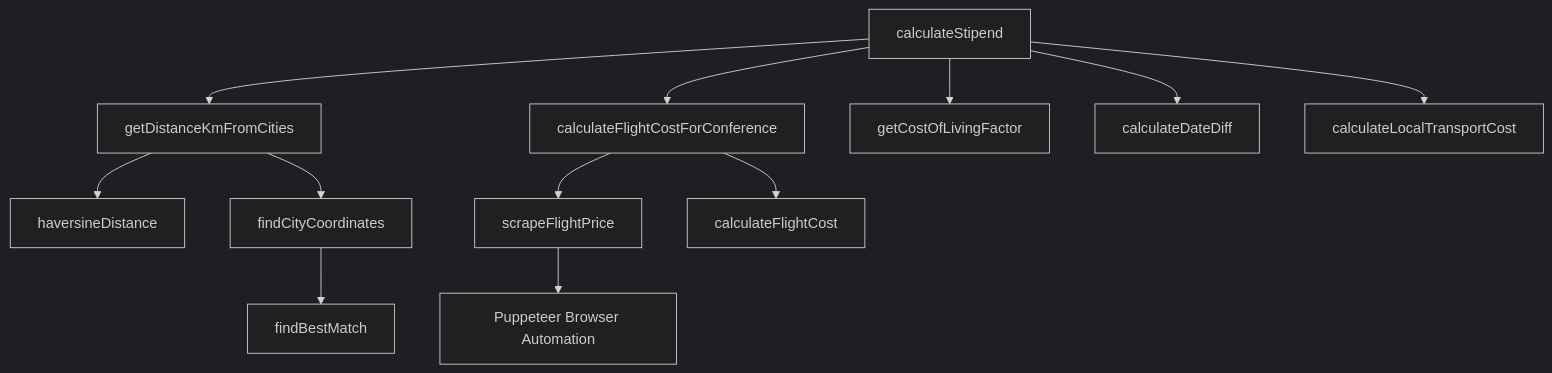
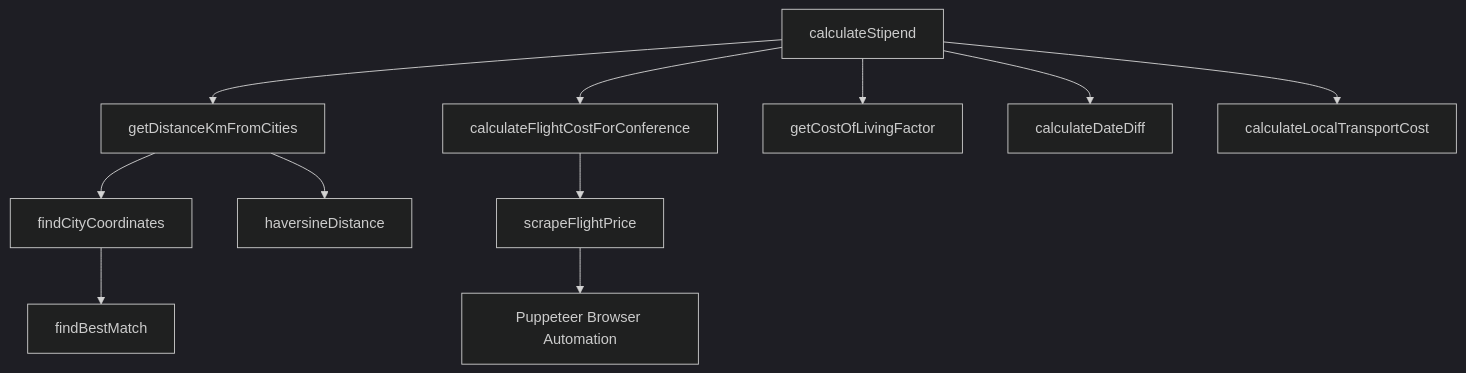
The fourth of 5 diagrams in docs/system-patterns.md (0x4007/travel-stipend), drawn with Mermaid (dark theme) before and after one commit. The commit also changed other lines of this file and 7 other files, not shown here.

Commit message:
fix: enhance documentation and error handling for flight cost calculations

````diff
--- a/docs/system-patterns.md
+++ b/docs/system-patterns.md
@@ -130,17 +130,17 @@
 ```mermaid
 flowchart TD
     CalcStipend[calculateStipend] --> Distance[getDistanceKmFromCities]
     CalcStipend --> FlightCost[calculateFlightCostForConference]
     CalcStipend --> COL[getCostOfLivingFactor]
     CalcStipend --> DateCalc[calculateDateDiff]
     CalcStipend --> Transport[calculateLocalTransportCost]
 
     FlightCost --> Scraper[scrapeFlightPrice]
-    FlightCost --> DistCalc[calculateFlightCost]
+    %% FlightCost --> DistCalc[calculateFlightCost] %% Removed as distance fallback is not used here
 
     Distance --> Haversine[haversineDistance]
     Distance --> FindCity[findCityCoordinates]
     FindCity --> FuzzyMatch[findBestMatch]
 
     Scraper --> WebAutomation[Puppeteer Browser Automation]
 ```
````
